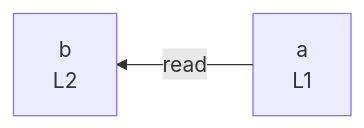
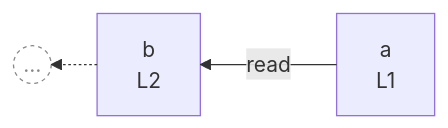
Before and after one commit to crescware/unsnarl: the diagram in integration/fixtures/const-chain-five/preview.pruned-a-c1.md, drawn with Mermaid. The commit also changed 75 other files, not shown here.

````diff
--- a/integration/fixtures/const-chain-five/preview.pruned-a-c1.md
+++ b/integration/fixtures/const-chain-five/preview.pruned-a-c1.md
@@ -21,8 +21,12 @@
 ```mermaid
 %%{init: {"flowchart": {"defaultRenderer": "elk"}}}%%
 flowchart RL
   %% pruning: roots=[a(1)] ancestors=1 descendants=1
   n_scope_0_a_6["a<br/>L1"]
   n_scope_0_b_19["b<br/>L2"]
   n_scope_0_a_6 -->|read| n_scope_0_b_19
+  boundary_stub_1((…))
+  n_scope_0_b_19 -.-> boundary_stub_1
+  classDef boundaryStub fill:transparent,stroke:#888,stroke-dasharray:3 3,color:#888;
+  class boundary_stub_1 boundaryStub;
 ```
````
